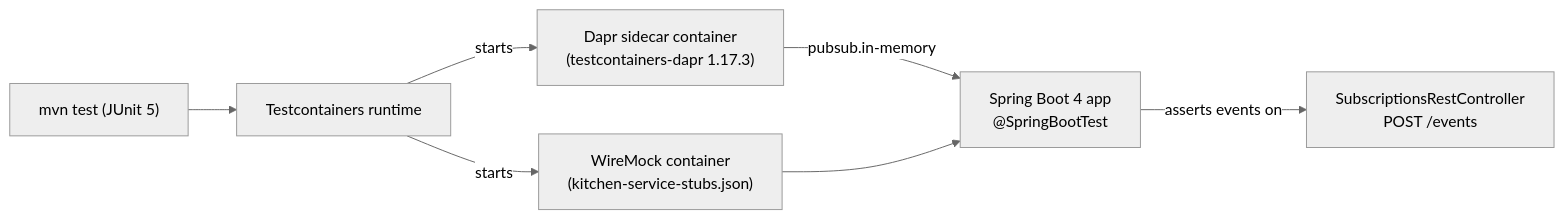
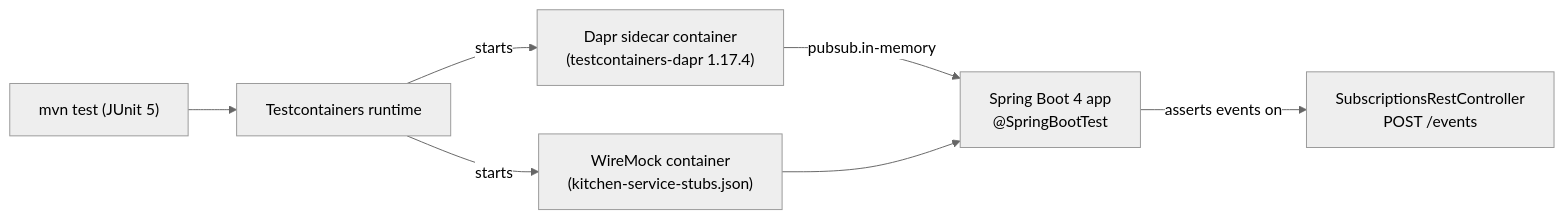
The second of 2 diagrams in README.md (AndriyKalashnykov/dapr-java), drawn with Mermaid (neutral theme) before and after one commit. The commit also changed other lines of this file and 4 other files, not shown here.

First line of the commit message:
fix(docs): sync README + C4 diagrams to Dapr SDK 1.17.4 / Jackson 3.1.4; PlantUML hero (#107)

````diff
--- a/README.md
+++ b/README.md
@@ -217,9 +203,9 @@
 ```mermaid
 flowchart LR
   mvn["mvn test (JUnit 5)"] --> tc["Testcontainers runtime"]
-  tc -->|starts| dapr["Dapr sidecar container<br/>(testcontainers-dapr 1.17.3)"]
+  tc -->|starts| dapr["Dapr sidecar container<br/>(testcontainers-dapr 1.17.4)"]
   tc -->|starts| wm["WireMock container<br/>(kitchen-service-stubs.json)"]
   dapr -->|pubsub.in-memory| app["Spring Boot 4 app<br/>@SpringBootTest"]
   wm --> app
   app -->|asserts events on| sub["SubscriptionsRestController<br/>POST /events"]
 ```
````
